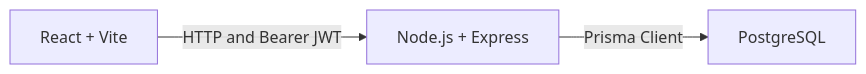
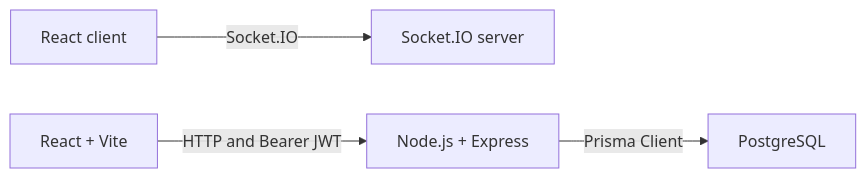
The diagram in docs/architecture.md (ShreeshCS/Teco), drawn with Mermaid before and after one commit. The commit also changed other lines of this file and 41 other files, not shown here.

````diff
--- a/docs/architecture.md
+++ b/docs/architecture.md
@@ -7,5 +7,6 @@
 ```mermaid
 flowchart LR
+    Browser["React client"] -->|"Socket.IO"| SocketServer["Socket.IO server"]
     Client["React + Vite"] -->|"HTTP and Bearer JWT"| Server["Node.js + Express"]
     Server -->|"Prisma Client"| Database["PostgreSQL"]
 ```
````
